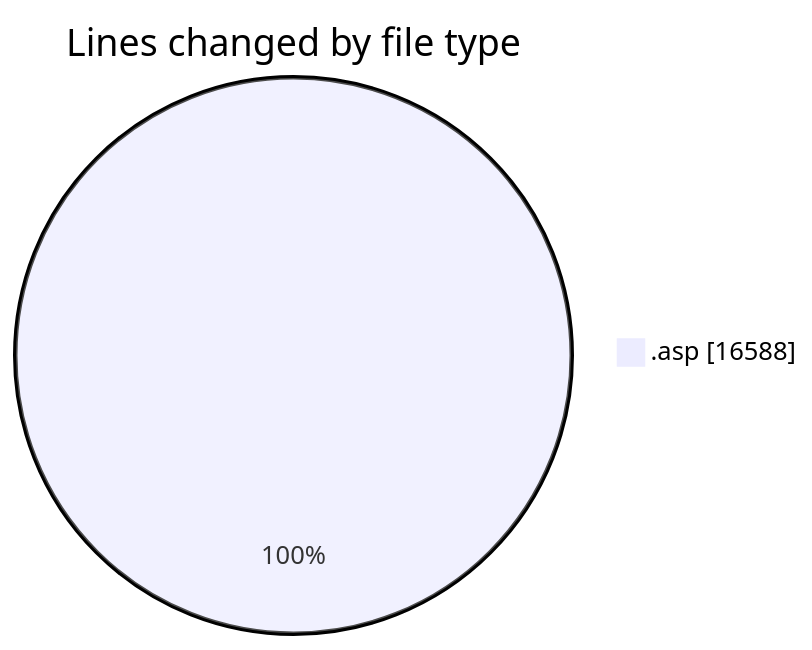
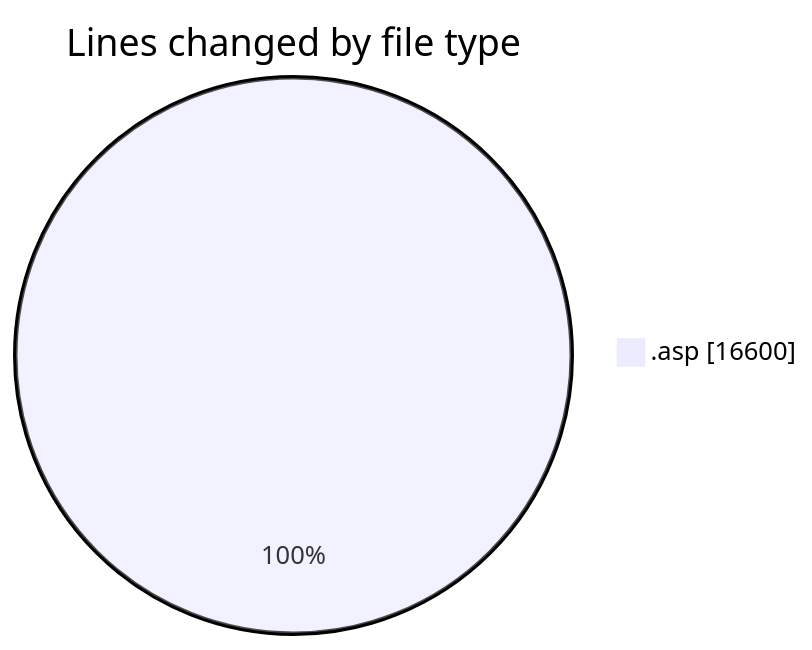
The first of 2 diagrams in 2025-11-14/cdp_aleoudev_fr__workspace_/README.md (julien-gomy/code-tracking), drawn with Mermaid before and after one commit. The commit also changed other lines of this file and 1 other file, not shown here.

````diff
--- a/2025-11-14/cdp_aleoudev_fr__workspace_/README.md
+++ b/2025-11-14/cdp_aleoudev_fr__workspace_/README.md
@@ -33,5 +33,5 @@
 ```mermaid
 pie showData
 title Lines changed by file type
-".asp" : 16588
+".asp" : 16600
 ```
````
